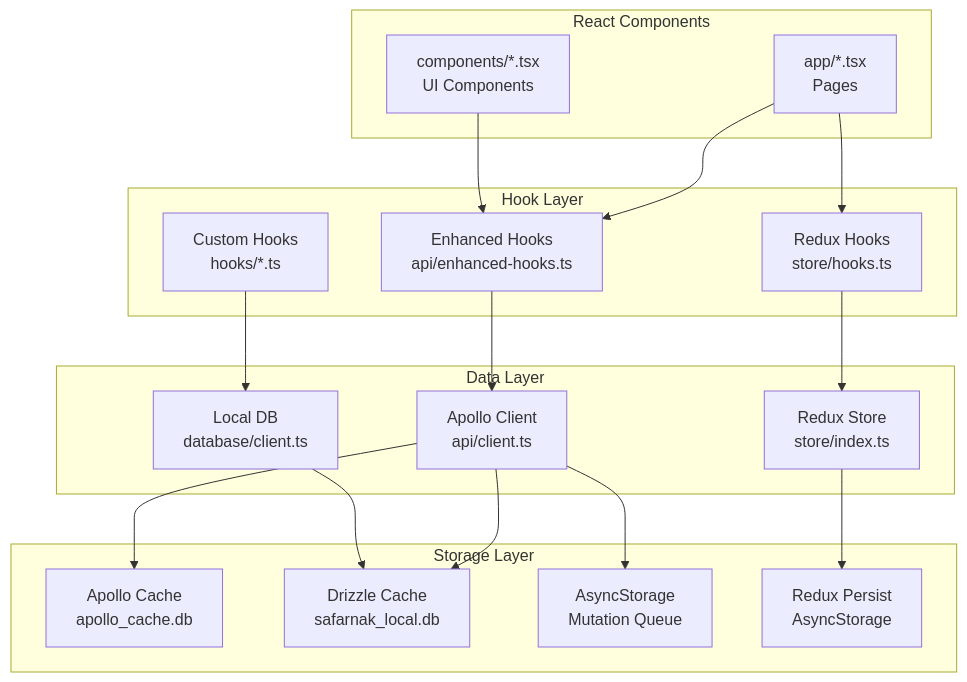
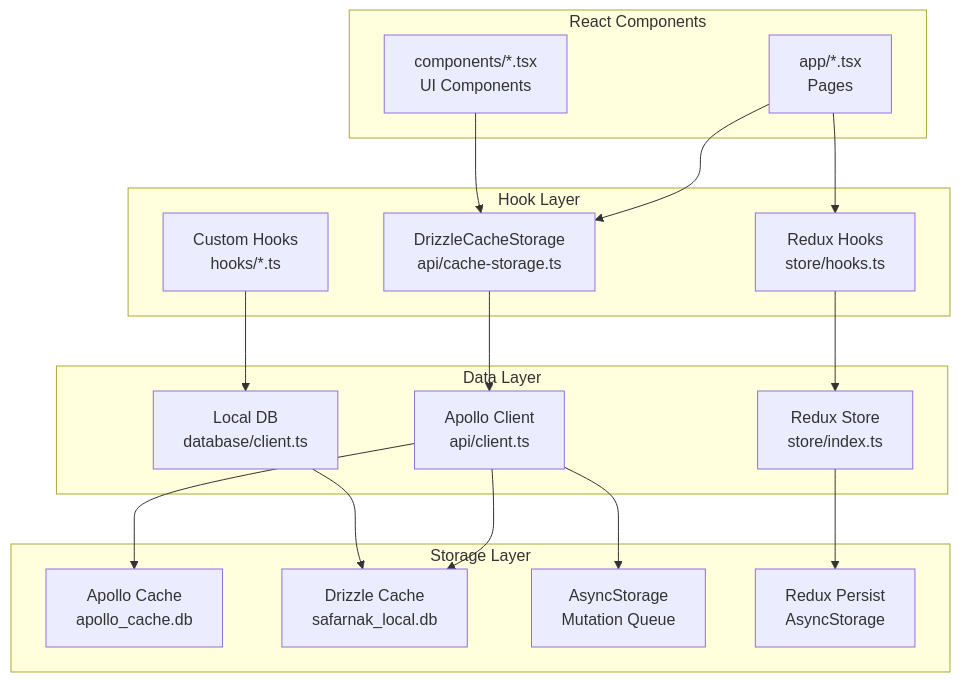
One commit to mehotkhan/safarnak.app changed the second of 11 diagrams in README.md. Above: the diagram before and after it, drawn with Mermaid. The commit also changed other lines of this file and 5 other files, not shown here.

````diff
--- a/README.md
+++ b/README.md
@@ -145,38 +121,38 @@
 ```mermaid
 flowchart TB
   subgraph Component["React Components"]
     C1["app/*.tsx<br/>Pages"]
     C2["components/*.tsx<br/>UI Components"]
   end
 
   subgraph Hooks["Hook Layer"]
-    H1["Enhanced Hooks<br/>api/enhanced-hooks.ts"]
+    H1["DrizzleCacheStorage<br/>api/cache-storage.ts"]
     H2["Custom Hooks<br/>hooks/*.ts"]
     H3["Redux Hooks<br/>store/hooks.ts"]
   end
 
   subgraph Data["Data Layer"]
     D1["Apollo Client<br/>api/client.ts"]
     D2["Redux Store<br/>store/index.ts"]
       D3["Local DB<br/>database/client.ts"]
   end
 
   subgraph Storage["Storage Layer"]
     S1["Apollo Cache<br/>apollo_cache.db"]
     S2["Drizzle Cache<br/>safarnak_local.db"]
     S3["AsyncStorage<br/>Mutation Queue"]
     S4["Redux Persist<br/>AsyncStorage"]
   end
 
   C1 --> H1
   C2 --> H1
   C1 --> H3
   H1 --> D1
   H2 --> D3
   H3 --> D2
   D1 --> S1
   D1 --> S2
   D2 --> S4
   D3 --> S2
   D1 --> S3
 ```
````
